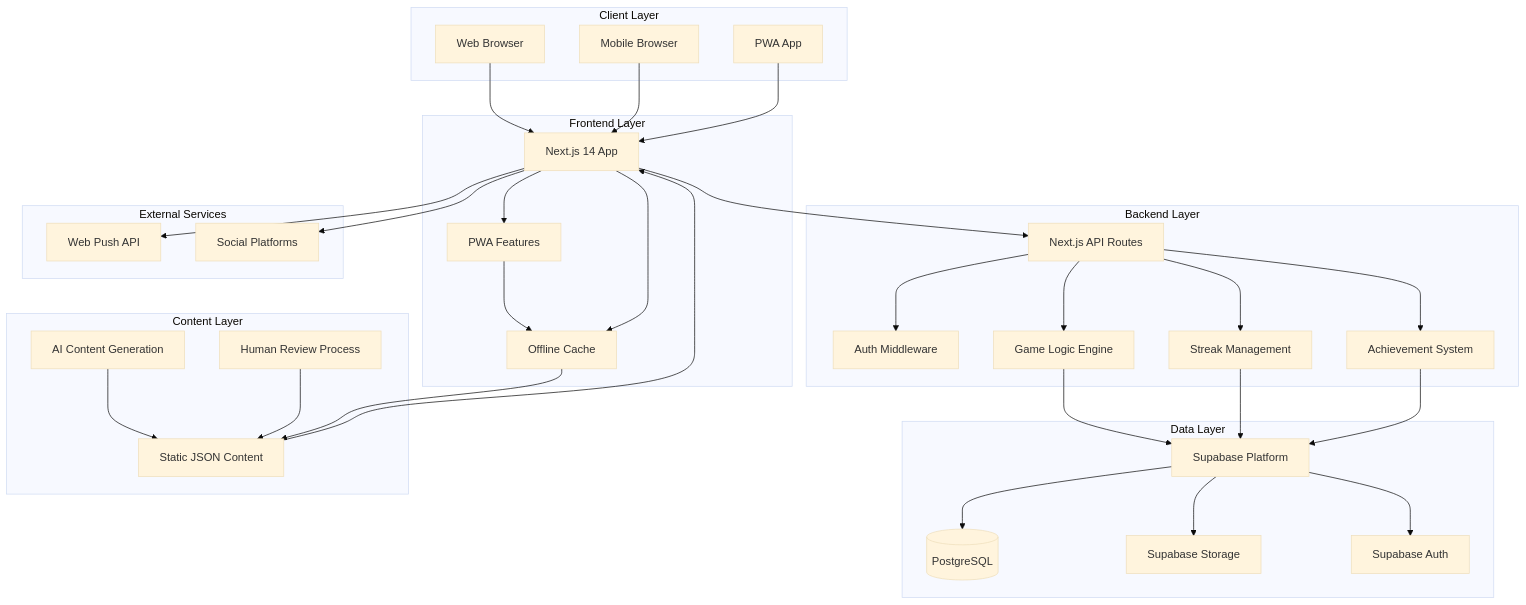
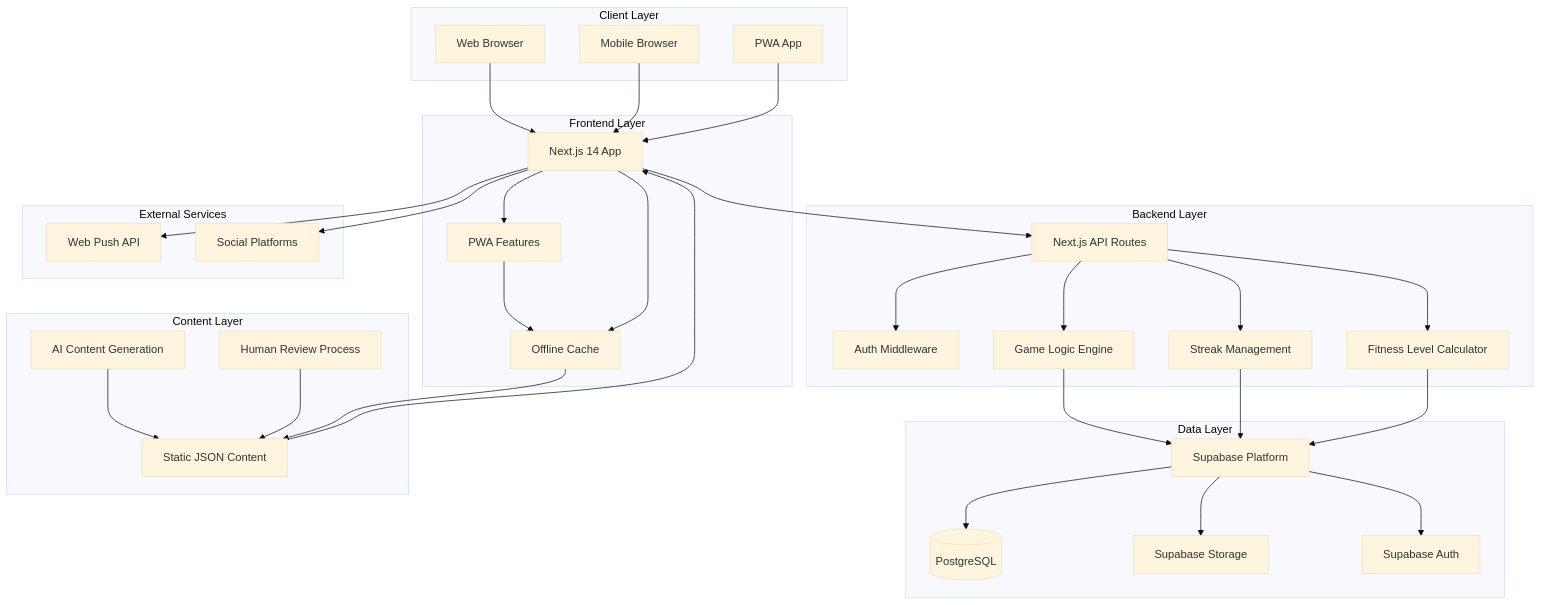
Before and after one commit to midearth-labs/fit-journey: the first of 2 diagrams in game/design/architecture.md, drawn with Mermaid (base theme). The commit also changed other lines of this file and 26 other files, not shown here.

````diff
--- a/game/design/architecture.md
+++ b/game/design/architecture.md
@@ -151,71 +146,71 @@
 ```mermaid
 graph TB
     subgraph "Client Layer"
         Web[Web Browser]
         Mobile[Mobile Browser]
         PWA[PWA App]
     end
     
     subgraph "Frontend Layer"
         NextJS[Next.js 14 App]
         PWAFeatures[PWA Features]
         OfflineCache[Offline Cache]
     end
     
     subgraph "Backend Layer"
         APIRoutes[Next.js API Routes]
         AuthMiddleware[Auth Middleware]
         GameLogic[Game Logic Engine]
         StreakEngine[Streak Management]
-        AchievementEngine[Achievement System]
+        FitnessLevelEngine[Fitness Level Calculator]
     end
     
     subgraph "Data Layer"
         Supabase[Supabase Platform]
         PostgreSQL[(PostgreSQL)]
         Storage[Supabase Storage]
         Auth[Supabase Auth]
     end
     
     subgraph "Content Layer"
         StaticContent[Static JSON Content]
         ContentGen[AI Content Generation]
         HumanReview[Human Review Process]
     end
     
     subgraph "External Services"
         PushAPI[Web Push API]
         SocialShare[Social Platforms]
     end
     
     Web --> NextJS
     Mobile --> NextJS
     PWA --> NextJS
     
     NextJS --> PWAFeatures
     PWAFeatures --> OfflineCache
     
     NextJS --> APIRoutes
     APIRoutes --> AuthMiddleware
     APIRoutes --> GameLogic
     APIRoutes --> StreakEngine
-    APIRoutes --> AchievementEngine
+    APIRoutes --> FitnessLevelEngine
     
     GameLogic --> Supabase
     StreakEngine --> Supabase
-    AchievementEngine --> Supabase
+    FitnessLevelEngine --> Supabase
     
     Supabase --> PostgreSQL
     Supabase --> Storage
     Supabase --> Auth
     
     ContentGen --> StaticContent
     HumanReview --> StaticContent
     StaticContent --> NextJS
     
     NextJS --> PushAPI
     NextJS --> SocialShare
     
     NextJS --> OfflineCache
     OfflineCache --> StaticContent
 ```
````
